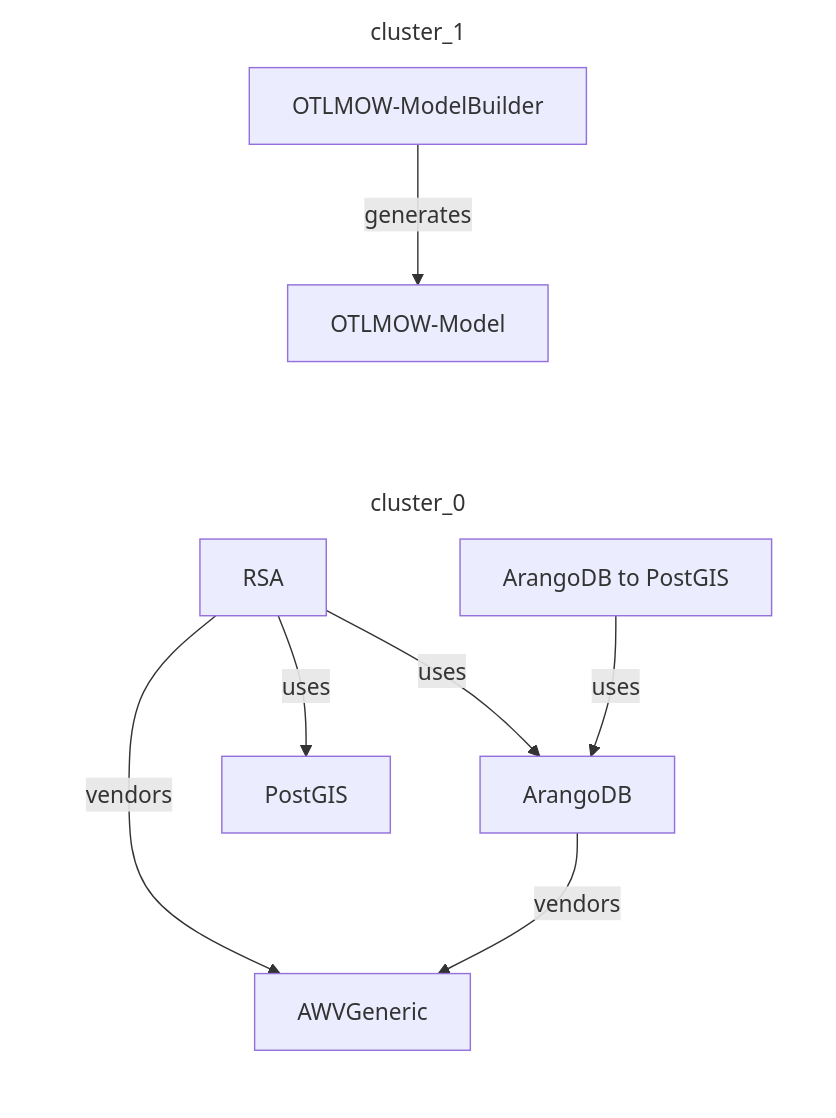
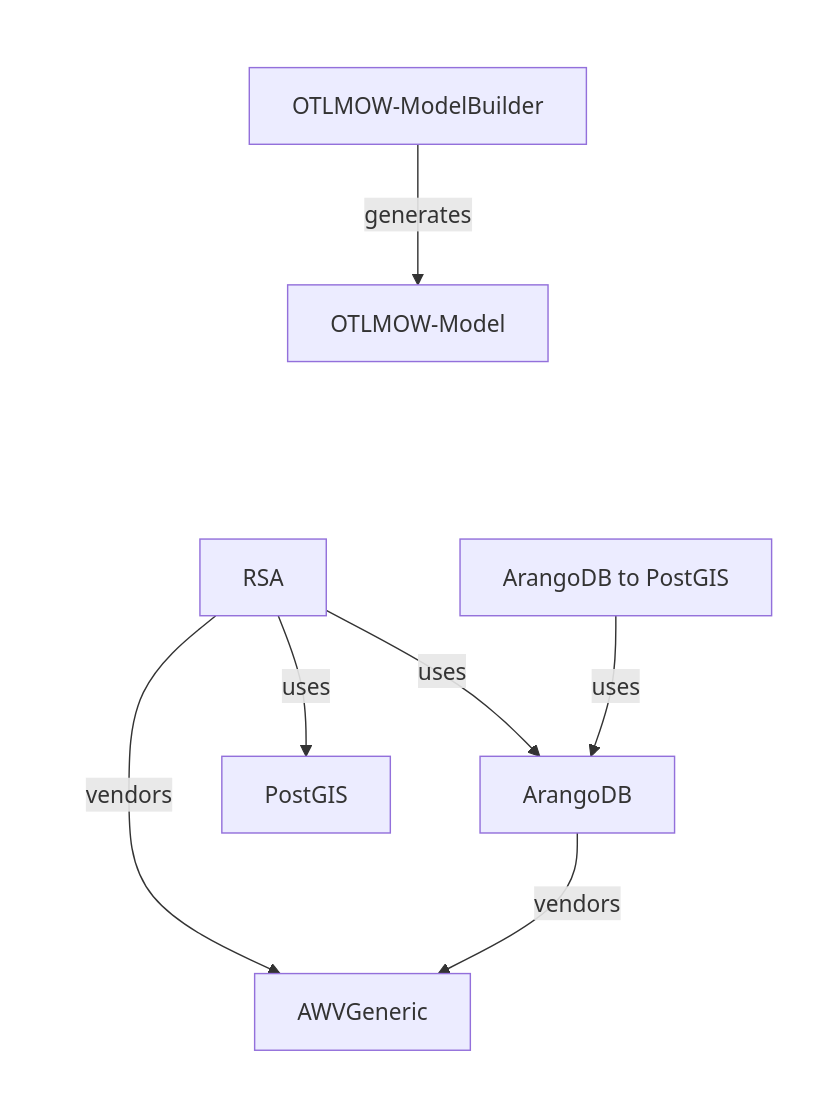
Before and after one commit to davidvlaminck/Home: the diagram in repos.mmd, drawn with Mermaid. The commit also changed 1 other file, not shown here.

```diff
--- a/repos.mmd
+++ b/repos.mmd
@@ -1,22 +1,22 @@
 flowchart LR
-    subgraph cluster_0
+    subgraph cluster_0 [ ]
         awv_generic["AWVGeneric"]
+        arango_db["ArangoDB"]
         rsa["RSA"]
-        arango_db["ArangoDB"]
+        arango_db_to_postgis["ArangoDB to PostGIS"]
         postgis["PostGIS"]
-        arango_db_to_postgis["ArangoDB to PostGIS"]
     end
-    subgraph cluster_1
+    subgraph cluster_1 [ ]
         model["OTLMOW-Model"]
         modelbuilder["OTLMOW-ModelBuilder"]
     end
 
     classDef plain fill:none,stroke:none;
     class cluster_0,cluster_1 plain;
 
     rsa -->|vendors| awv_generic
     rsa -->|uses| arango_db
     rsa -->|uses| postgis
     arango_db -->|vendors| awv_generic
     arango_db_to_postgis -->|uses| arango_db
     modelbuilder -->|generates| model
```
